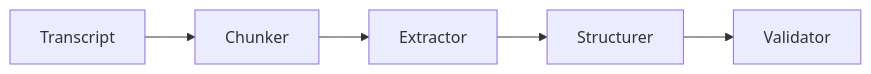
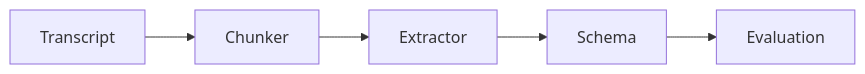
One commit to Adityansh-Chand/autonomous-meeting-intelligence changed the diagram in README.md. Above: the diagram before and after it, drawn with Mermaid. The commit also changed other lines of this file and 8 other files, not shown here.

````diff
--- a/README.md
+++ b/README.md
@@ -8,7 +8,7 @@
 ```mermaid
 flowchart LR
-Transcript --> Chunker
-Chunker --> Extractor
-Extractor --> Structurer
-Structurer --> Validator
+  Transcript --> Chunker
+  Chunker --> Extractor
+  Extractor --> Schema
+  Schema --> Evaluation
 ```
````
